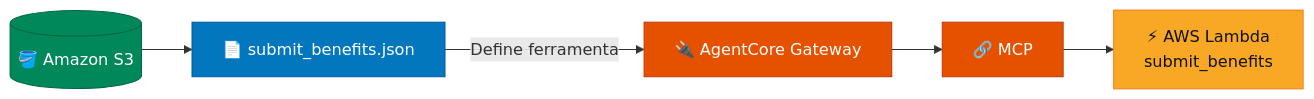
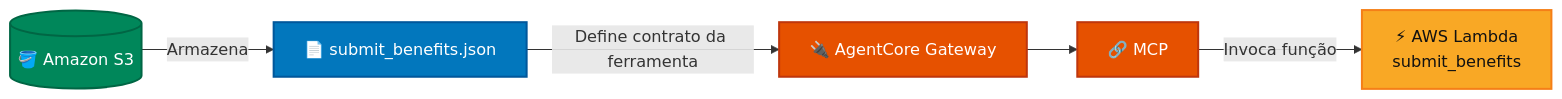
The fifth of 11 diagrams in README.md (Rogerio5/aws-genai-smart-assistant-lab), drawn with Mermaid before and after one commit. The commit also changed other lines of this file, not shown here.

````diff
--- a/README.md
+++ b/README.md
@@ -253,28 +293,31 @@
 ```mermaid
 flowchart LR
 
     S3[("🪣 Amazon S3")]
 
     SCHEMA["📄 submit_benefits.json"]
 
     GATEWAY["🔌 AgentCore Gateway"]
 
     MCP["🔗 MCP"]
 
     LAMBDA["⚡ AWS Lambda<br/>submit_benefits"]
 
-    S3 --> SCHEMA
-    SCHEMA -->|"Define ferramenta"| GATEWAY
+    S3 -->|"Armazena"| SCHEMA
+
+    SCHEMA -->|"Define contrato da ferramenta"| GATEWAY
+
     GATEWAY --> MCP
-    MCP --> LAMBDA
 
-    classDef storage fill:#00875A,stroke:#006644,color:#ffffff
-    classDef schema fill:#0277BD,stroke:#01579B,color:#ffffff
-    classDef integration fill:#E65100,stroke:#BF360C,color:#ffffff
-    classDef compute fill:#F9A825,stroke:#F57F17,color:#111111
+    MCP -->|"Invoca função"| LAMBDA
+
+    classDef storage fill:#00875A,stroke:#006644,color:#ffffff,stroke-width:2px
+    classDef schema fill:#0277BD,stroke:#01579B,color:#ffffff,stroke-width:2px
+    classDef integration fill:#E65100,stroke:#BF360C,color:#ffffff,stroke-width:2px
+    classDef compute fill:#F9A825,stroke:#F57F17,color:#111111,stroke-width:2px
 
     class S3 storage
     class SCHEMA schema
     class GATEWAY,MCP integration
     class LAMBDA compute
 ```
````
